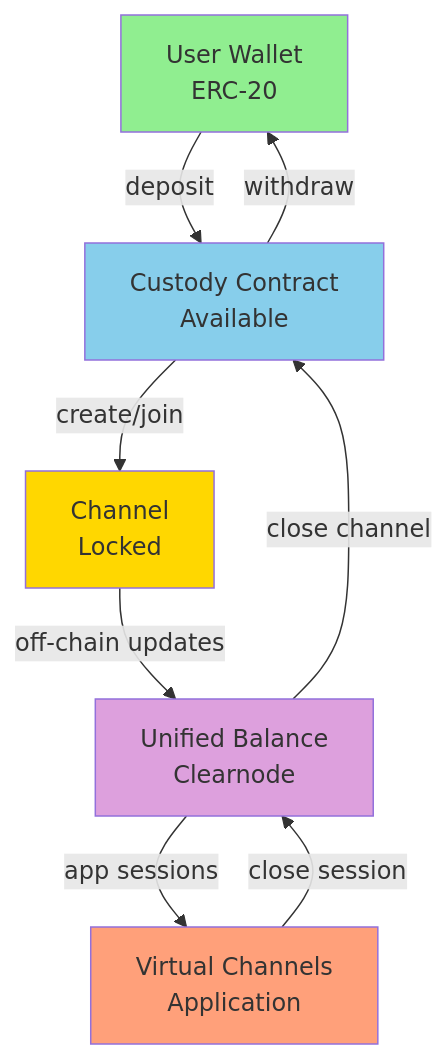
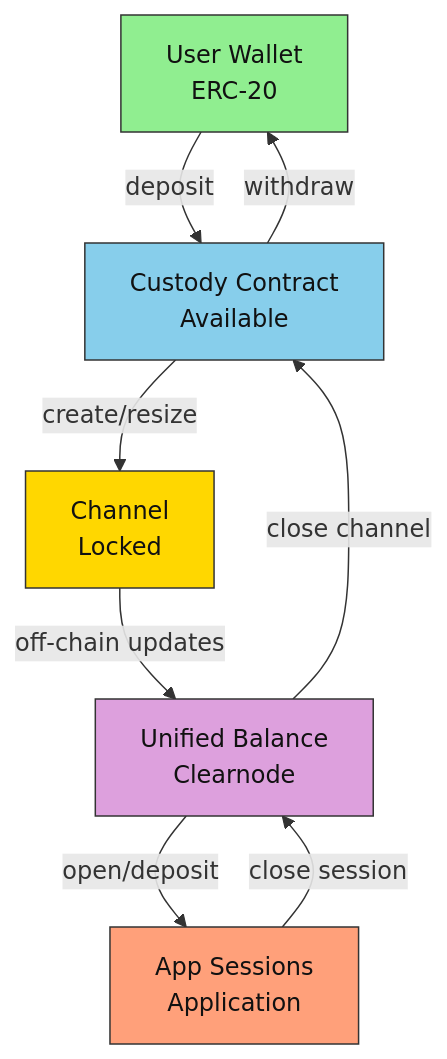
The fourth of 4 diagrams in docs/protocol/architecture.mdx (layer-3/docs), drawn with Mermaid before and after one commit. The commit also changed other lines of this file and 15 other files, not shown here.

````diff
--- a/docs/protocol/architecture.mdx
+++ b/docs/protocol/architecture.mdx
@@ -119,16 +139,16 @@
 ```mermaid
 graph TB
     A[User Wallet<br/>ERC-20] -->|deposit| B[Custody Contract<br/>Available]
-    B -->|create/join| C[Channel<br/>Locked]
+    B -->|create/resize| C[Channel<br/>Locked]
     C -->|off-chain updates| D[Unified Balance<br/>Clearnode]
-    D -->|app sessions| E[Virtual Channels<br/>Application]
+    D -->|open/deposit| E[App Sessions<br/>Application]
     E -->|close session| D
     D -->|close channel| B
     B -->|withdraw| A
     
-    style A fill:#90EE90
-    style B fill:#87CEEB
-    style C fill:#FFD700
-    style D fill:#DDA0DD
-    style E fill:#FFA07A
+    style A fill:#90EE90,stroke:#333,color:#111
+    style B fill:#87CEEB,stroke:#333,color:#111
+    style C fill:#FFD700,stroke:#333,color:#111
+    style D fill:#DDA0DD,stroke:#333,color:#111
+    style E fill:#FFA07A,stroke:#333,color:#111
 ```
````
